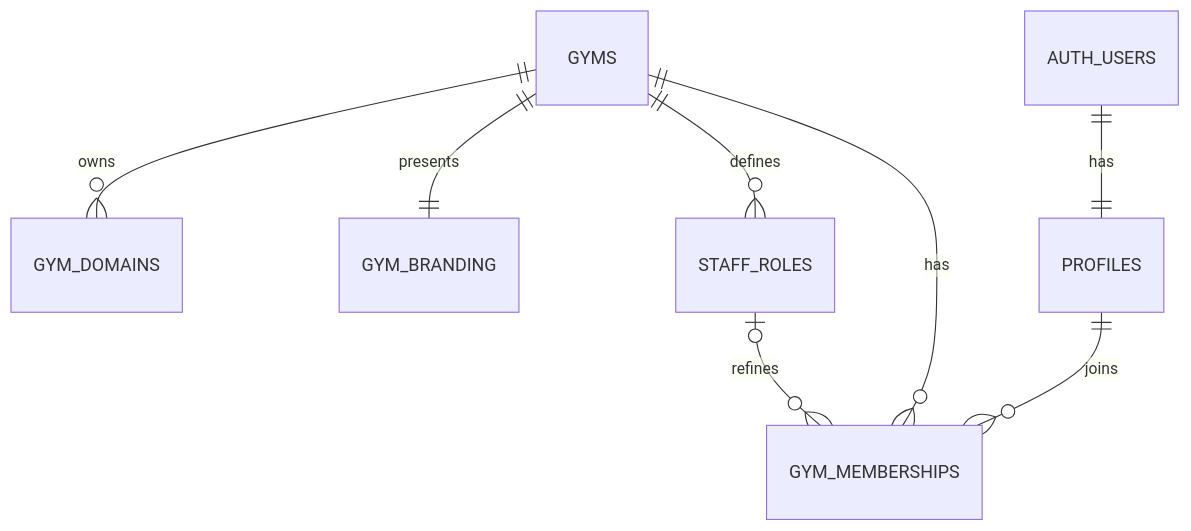
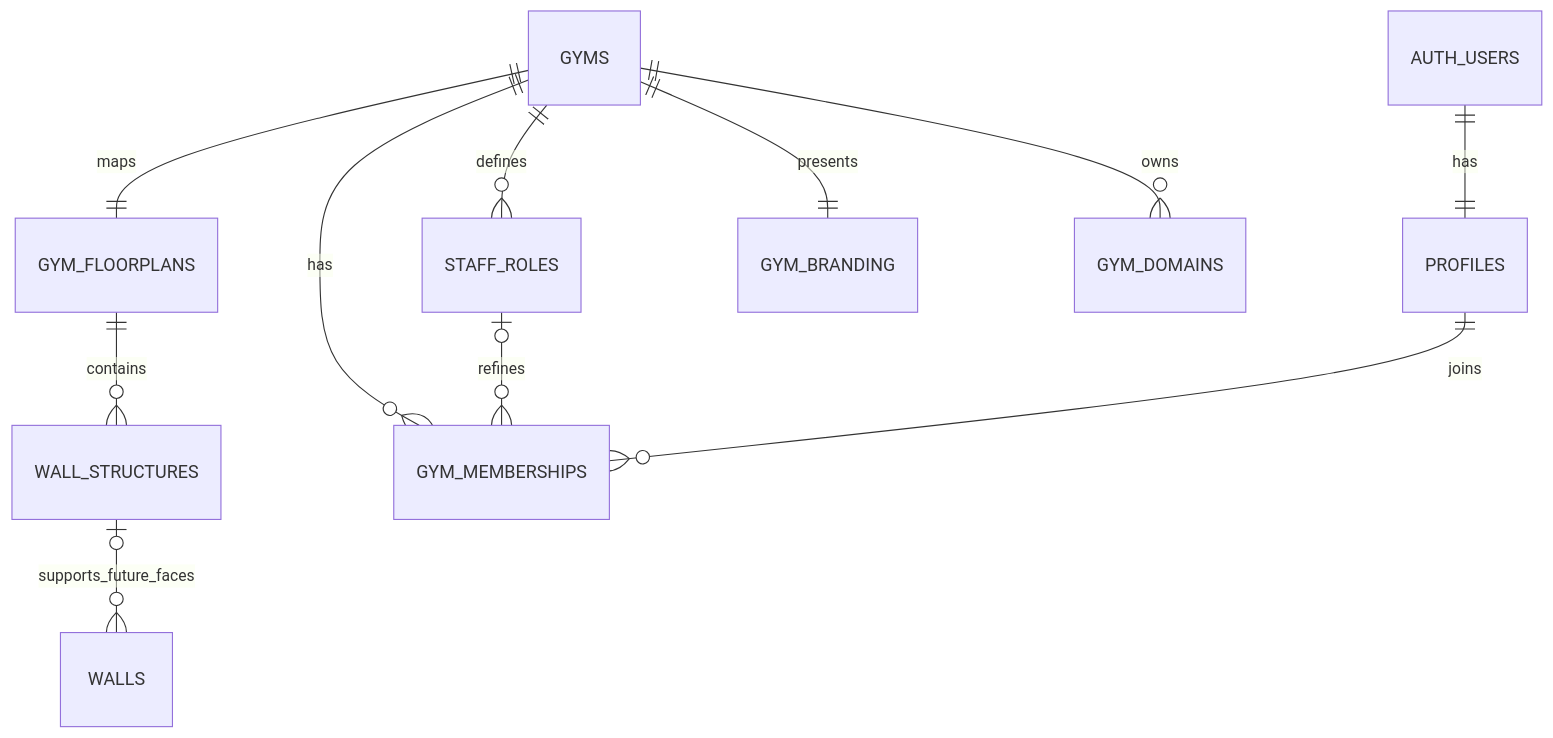
One commit to olees20/mycrux changed the first of 3 diagrams in docs/data-model.md. Above: the diagram before and after it, drawn with Mermaid. The commit also changed other lines of this file and 63 other files, not shown here.

````diff
--- a/docs/data-model.md
+++ b/docs/data-model.md
@@ -9,10 +9,13 @@
 ```mermaid
 erDiagram
   AUTH_USERS ||--|| PROFILES : has
   GYMS ||--o{ GYM_DOMAINS : owns
   GYMS ||--|| GYM_BRANDING : presents
   GYMS ||--o{ STAFF_ROLES : defines
   GYMS ||--o{ GYM_MEMBERSHIPS : has
   PROFILES ||--o{ GYM_MEMBERSHIPS : joins
   STAFF_ROLES o|--o{ GYM_MEMBERSHIPS : refines
+  GYMS ||--|| GYM_FLOORPLANS : maps
+  GYM_FLOORPLANS ||--o{ WALL_STRUCTURES : contains
+  WALL_STRUCTURES o|--o{ WALLS : supports_future_faces
 ```
````
